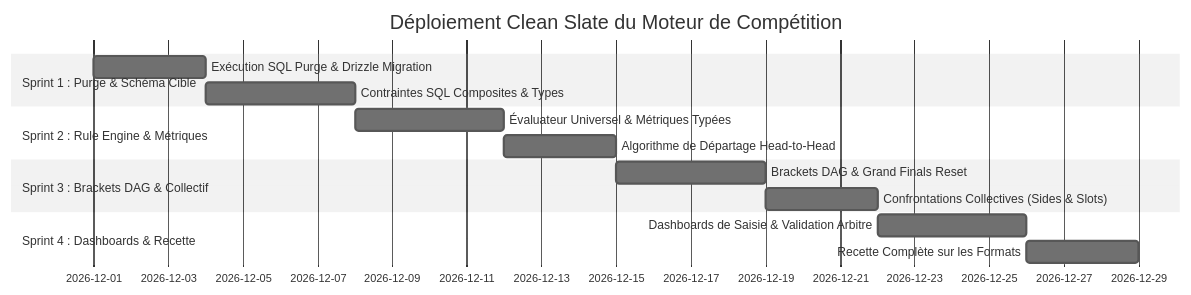
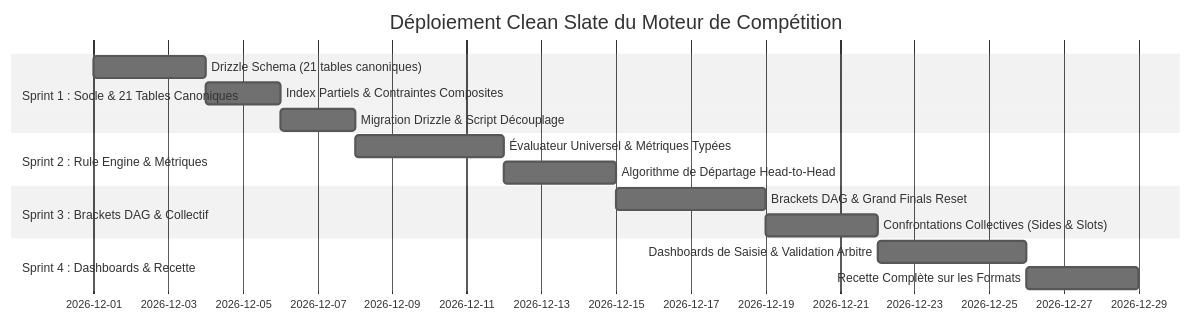
One commit to AbdoulRachid-Mz/games-trafic changed the second of 2 diagrams in docs/audit-competition/07-IMPLEMENTATION-ROADMAP.md. Above: the diagram before and after it, drawn with Mermaid (neutral theme). The commit also changed other lines of this file and 4 other files, not shown here.

Commit message:
docs(audit): harmonize 21 canonical tables, container preservation and add reproducible verify-competition-engine script

````diff
--- a/docs/audit-competition/07-IMPLEMENTATION-ROADMAP.md
+++ b/docs/audit-competition/07-IMPLEMENTATION-ROADMAP.md
@@ -99,17 +102,18 @@
 ```mermaid
 gantt
     title Déploiement Clean Slate du Moteur de Compétition
     dateFormat  YYYY-MM-DD
-    section Sprint 1 : Purge & Schéma Cible
-    Exécution SQL Purge & Drizzle Migration   :s1_1, 2026-12-01, 3d
-    Contraintes SQL Composites & Types        :s1_2, after s1_1, 4d
+    section Sprint 1 : Socle & 21 Tables Canoniques
+    Drizzle Schema (21 tables canoniques)     :s1_1, 2026-12-01, 3d
+    Index Partiels & Contraintes Composites   :s1_2, after s1_1, 2d
+    Migration Drizzle & Script Découplage     :s1_3, after s1_2, 2d
     section Sprint 2 : Rule Engine & Métriques
-    Évaluateur Universel & Métriques Typées   :s2_1, after s1_2, 4d
+    Évaluateur Universel & Métriques Typées   :s2_1, after s1_3, 4d
     Algorithme de Départage Head-to-Head      :s2_2, after s2_1, 3d
     section Sprint 3 : Brackets DAG & Collectif
     Brackets DAG & Grand Finals Reset         :s3_1, after s2_2, 4d
     Confrontations Collectives (Sides & Slots):s3_2, after s3_1, 3d
     section Sprint 4 : Dashboards & Recette
     Dashboards de Saisie & Validation Arbitre :s4_1, after s3_2, 4d
     Recette Complète sur les Formats          :s4_2, after s4_1, 3d
 ```
````
